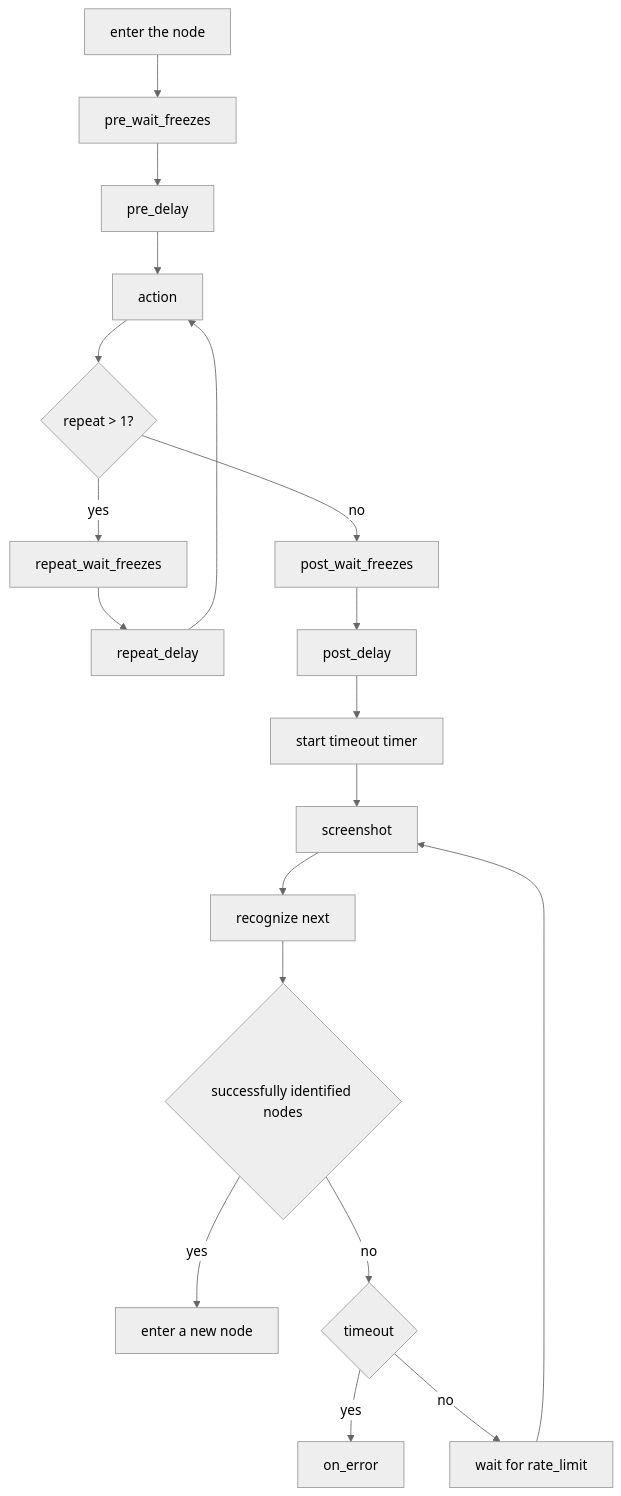
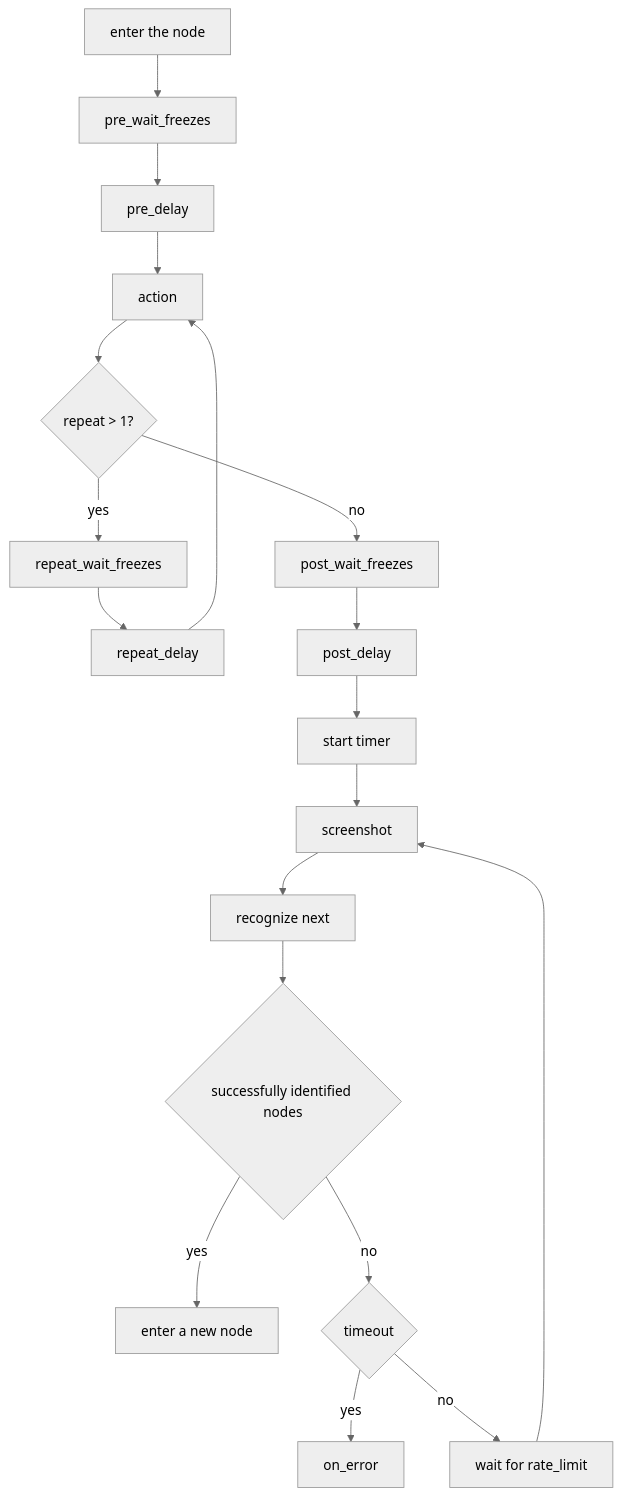
One commit to MaaXYZ/MaaFramework changed the third of 4 diagrams in docs/en_us/3.1-PipelineProtocol.md. Above: the diagram before and after it, drawn with Mermaid (neutral theme). The commit also changed other lines of this file, not shown here.

````diff
--- a/docs/en_us/3.1-PipelineProtocol.md
+++ b/docs/en_us/3.1-PipelineProtocol.md
@@ -231,21 +231,21 @@
 ```mermaid
     graph TB
         A[enter the node] --> B[pre_wait_freezes]
         B --> C[pre_delay]
         C --> D[action]
         D --> M{repeat > 1?}
         M -->|yes| N[repeat_wait_freezes]
         N --> O[repeat_delay]
         O --> D
         M -->|no| E[post_wait_freezes]
         E --> F[post_delay]
-        F --> Q[start timeout timer]
+        F --> Q[start timer]
         Q --> P[screenshot]
         P --> G[recognize next]
         G --> H{successfully identified nodes}
         H -->|yes| I[enter a new node]
         H -->|no| J{timeout}
         J -->|yes| K[on_error]
         J -->|no| L[wait for rate_limit]
         L --> P
 ```
````
